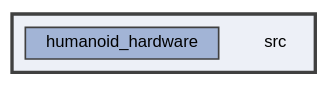
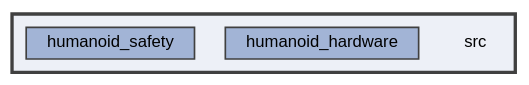
Before and after one commit to Sensor-Fusion-and-Advanced-Control/.github: the diagram in humanoid/api/cpp_generated/dir_68267d1309a1af8e8297ef4c3efbcdba_dep.dot, drawn with Graphviz. The commit also changed 229 other files, not shown here.

```diff
--- a/humanoid/api/cpp_generated/dir_68267d1309a1af8e8297ef4c3efbcdba_dep.dot
+++ b/humanoid/api/cpp_generated/dir_68267d1309a1af8e8297ef4c3efbcdba_dep.dot
@@ -1,13 +1,14 @@
 digraph "src"
 {
  // LATEX_PDF_SIZE
   bgcolor="transparent";
   edge [fontname=Helvetica,fontsize=10,labelfontname=Helvetica,labelfontsize=10];
   node [fontname=Helvetica,fontsize=10,shape=box,height=0.2,width=0.4];
   compound=true
   subgraph clusterdir_68267d1309a1af8e8297ef4c3efbcdba {
     graph [ bgcolor="#edf0f7", pencolor="grey25", label="", fontname=Helvetica,fontsize=10 style="filled,bold", URL="dir_68267d1309a1af8e8297ef4c3efbcdba.html",tooltip=""]
     dir_68267d1309a1af8e8297ef4c3efbcdba [shape=plaintext, label="src"];
   dir_d14714812d3f1ce5ce72d57d8cf1eeb6 [label="humanoid_hardware", fillcolor="#a2b4d6", color="grey25", style="filled", URL="dir_d14714812d3f1ce5ce72d57d8cf1eeb6.html",tooltip=""];
+  dir_e5497ec8f54660ebadc53ab1a363ecfd [label="humanoid_safety", fillcolor="#a2b4d6", color="grey25", style="filled", URL="dir_e5497ec8f54660ebadc53ab1a363ecfd.html",tooltip=""];
   }
 }
```
